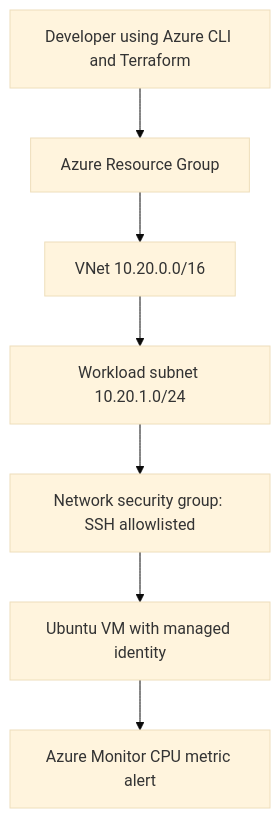
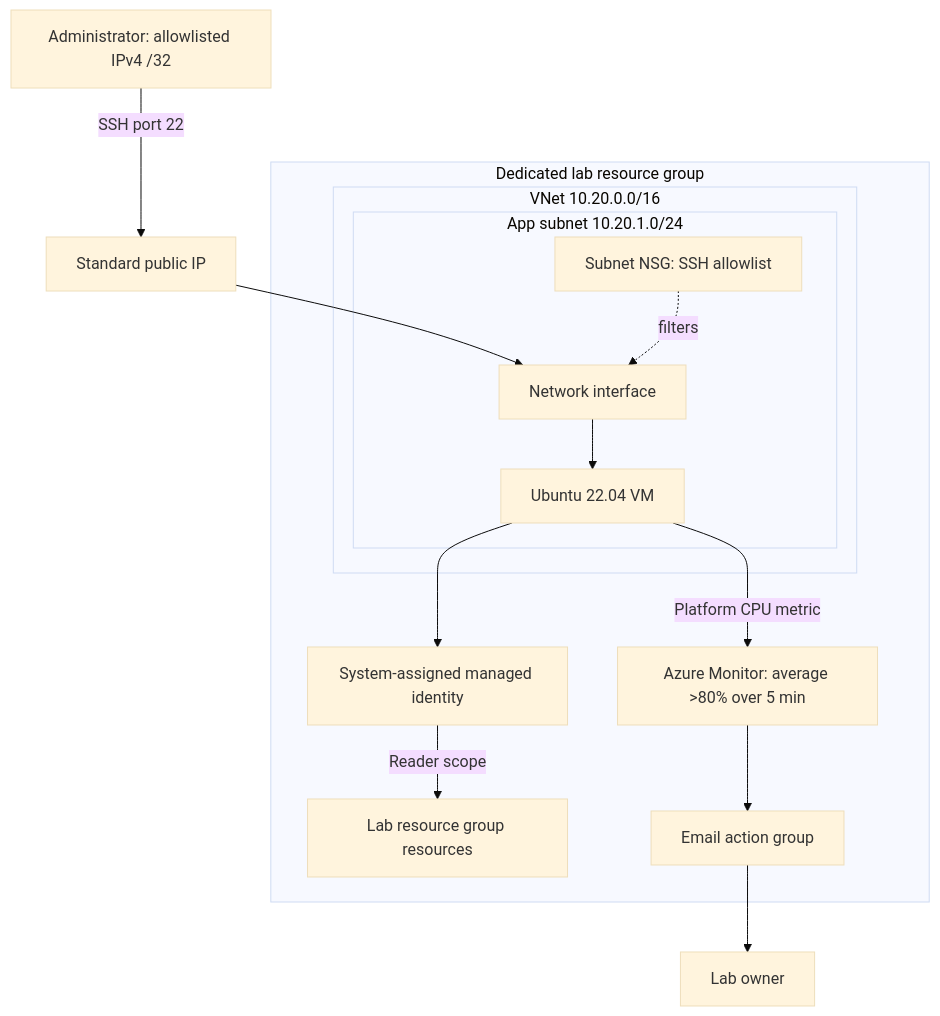
One commit to jsamaniego4/azure-infrastructure-enterprise changed the diagram in azure-enterprise-infrastructure/README.md. Above: the diagram before and after it, drawn with Mermaid (base theme). The commit also changed other lines of this file and 16 other files, not shown here.

````diff
--- a/azure-enterprise-infrastructure/README.md
+++ b/azure-enterprise-infrastructure/README.md
@@ -13,9 +9,18 @@
 ```mermaid
 flowchart TD
-  A[Developer using Azure CLI and Terraform] --> B[Azure Resource Group]
-  B --> V[VNet 10.20.0.0/16]
-  V --> S[Workload subnet 10.20.1.0/24]
-  S --> N[Network security group: SSH allowlisted]
-  N --> VM[Ubuntu VM with managed identity]
-  VM --> M[Azure Monitor CPU metric alert]
+  Admin[Administrator: allowlisted IPv4 /32] -->|SSH port 22| IP[Standard public IP]
+  IP --> NIC[Network interface]
+  subgraph RG[Dedicated lab resource group]
+    subgraph VNet[VNet 10.20.0.0/16]
+      subgraph Subnet[App subnet 10.20.1.0/24]
+        NIC --> VM[Ubuntu 22.04 VM]
+        NSG[Subnet NSG: SSH allowlist] -. filters .-> NIC
+      end
+    end
+    VM --> MI[System-assigned managed identity]
+    MI -->|Reader scope| RGAccess[Lab resource group resources]
+    VM -->|Platform CPU metric| Alert[Azure Monitor: average >80% over 5 min]
+    Alert --> Action[Email action group]
+  end
+  Action --> Owner[Lab owner]
 ```
````
